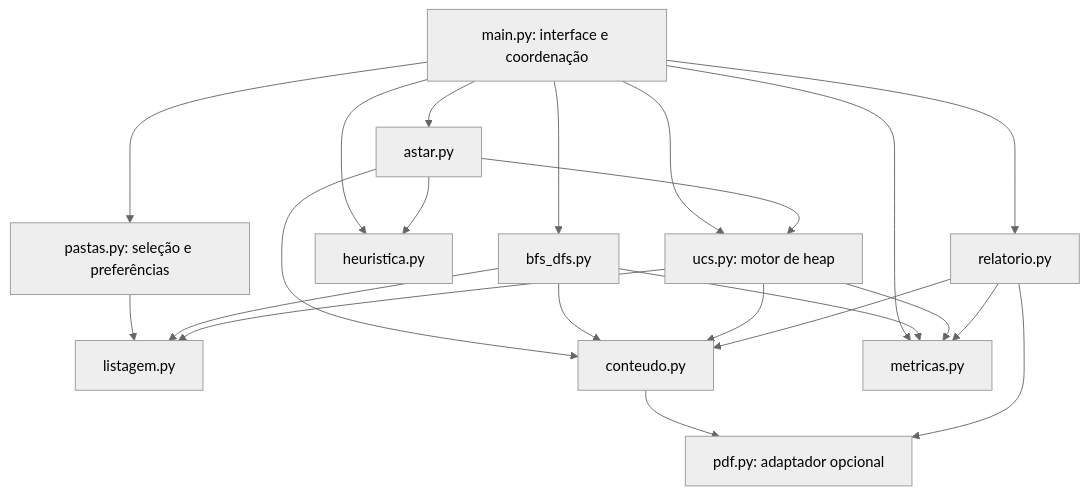
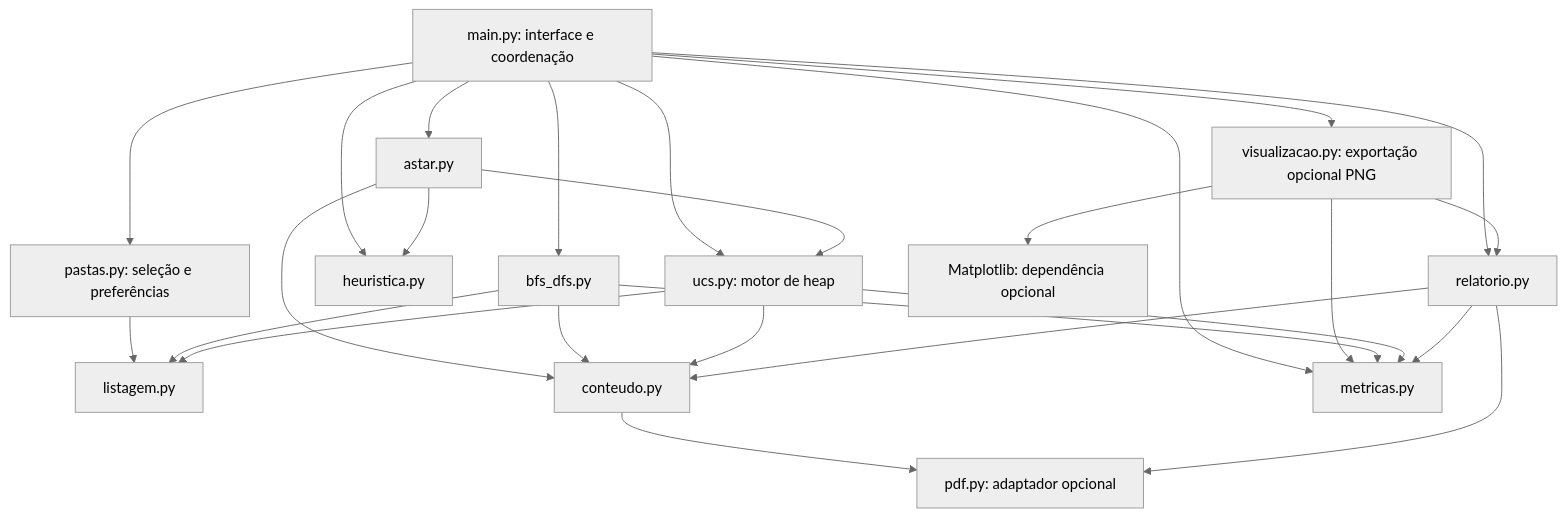
One commit to samuelcotinguiba/File-Hunter-Agent changed the first of 2 diagrams in docs/ARQUITETURA.md. Above: the diagram before and after it, drawn with Mermaid (neutral theme). The commit also changed other lines of this file and 12 other files, not shown here.

````diff
--- a/docs/ARQUITETURA.md
+++ b/docs/ARQUITETURA.md
@@ -72,35 +72,41 @@
 ```mermaid
 flowchart TB
     CLI["main.py: interface e coordenação"]
     BFS["bfs_dfs.py"]
     AST["astar.py"]
     UCS["ucs.py: motor de heap"]
     HEU["heuristica.py"]
     LIS["listagem.py"]
     CON["conteudo.py"]
     PDF["pdf.py: adaptador opcional"]
     MET["metricas.py"]
     REL["relatorio.py"]
     PAS["pastas.py: seleção e preferências"]
+    VIS["visualizacao.py: exportação opcional PNG"]
+    MPL["Matplotlib: dependência opcional"]
     CLI --> BFS
     CLI --> AST
     CLI --> UCS
     CLI --> HEU
     CLI --> MET
     CLI --> REL
     CLI --> PAS
+    CLI --> VIS
+    VIS --> REL
+    VIS --> MET
+    VIS --> MPL
     PAS --> LIS
     AST --> HEU
     AST --> UCS
     AST --> CON
     BFS --> LIS
     BFS --> CON
     BFS --> MET
     UCS --> LIS
     UCS --> CON
     UCS --> MET
     CON --> PDF
     REL --> MET
     REL --> CON
     REL --> PDF
 ```
````
